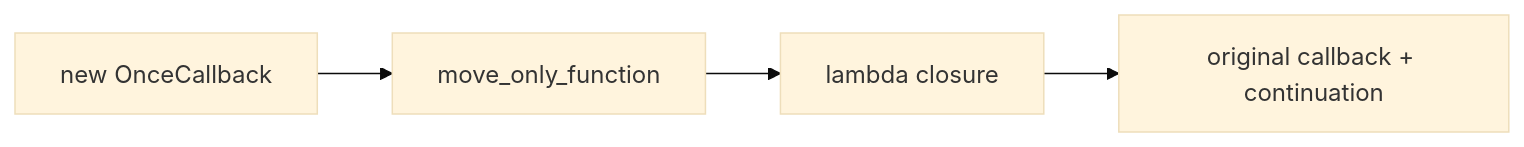
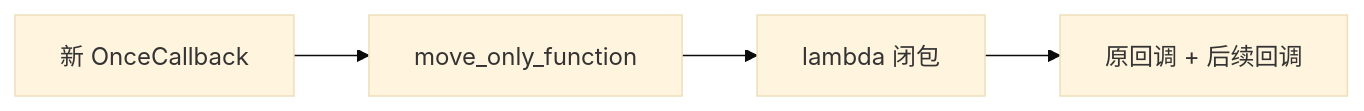
The diagram in documents/en/vol9-open-source-project-learn/chrome/01_once_callback/full/01-5-once-callback-then-chaining.md (Awesome-Embedded-Learning-Studio/Tutorial_AwesomeModernCPP), drawn with Mermaid (base theme) before and after one commit. The commit also changed other lines of this file and 749 other files, not shown here.

````diff
--- a/documents/en/vol9-open-source-project-learn/chrome/01_once_callback/full/01-5-once-callback-then-chaining.md
+++ b/documents/en/vol9-open-source-project-learn/chrome/01_once_callback/full/01-5-once-callback-then-chaining.md
@@ -83,4 +83,4 @@
 ```mermaid
 graph LR
-    A["new OnceCallback"] --> B["move_only_function"] --> C["lambda closure"] --> D["original callback + continuation"]
+    A["新 OnceCallback"] --> B["move_only_function"] --> C["lambda 闭包"] --> D["原回调 + 后续回调"]
 ```
````
